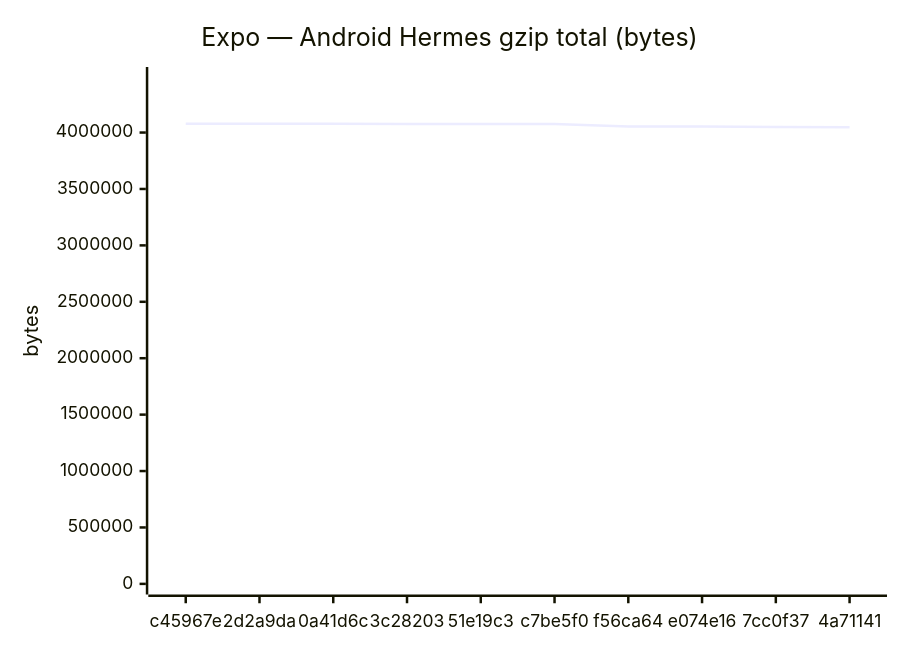
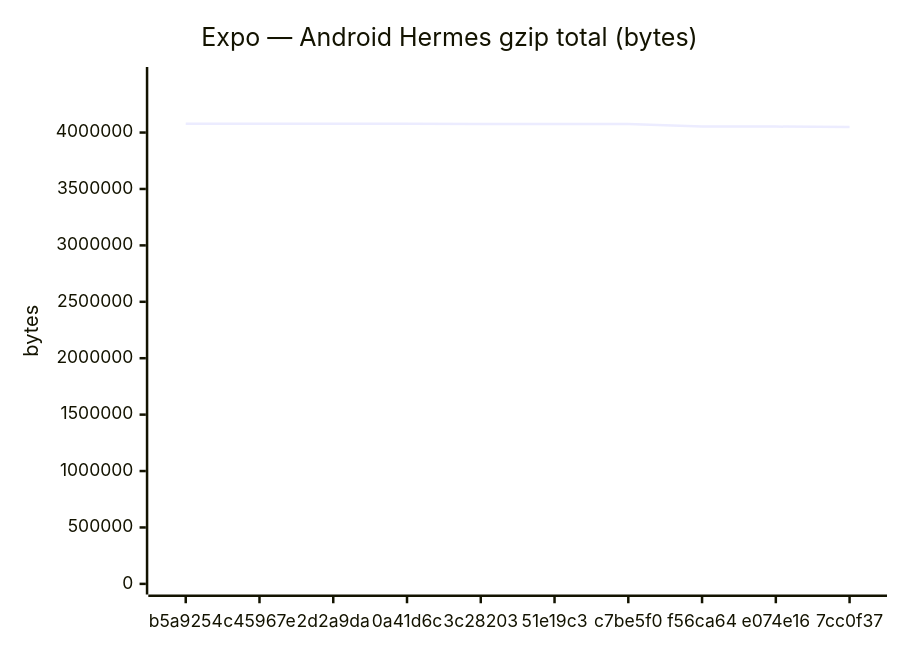
The fifth of 18 diagrams in benchmarks/compare.md (Metaheurist/Rianell), drawn with Mermaid before and after one commit. The commit also changed other lines of this file and 11 other files, not shown here.

````diff
--- a/benchmarks/compare.md
+++ b/benchmarks/compare.md
@@ -89,7 +89,7 @@
 ```mermaid
 xychart-beta
     title "Expo — Android Hermes gzip total (bytes)"
-    x-axis ["c45967e", "2d2a9da", "0a41d6c", "3c28203", "51e19c3", "c7be5f0", "f56ca64", "e074e16", "7cc0f37", "4a71141"]
+    x-axis ["b5a9254", "c45967e", "2d2a9da", "0a41d6c", "3c28203", "51e19c3", "c7be5f0", "f56ca64", "e074e16", "7cc0f37"]
     y-axis "bytes" 0 --> 4486787
-    line [4078896, 4078895, 4078897, 4076071, 4075584, 4075582, 4052821, 4052813, 4049448, 4046554]
+    line [4078885, 4078896, 4078895, 4078897, 4076071, 4075584, 4075582, 4052821, 4052813, 4049448]
 ```
````
